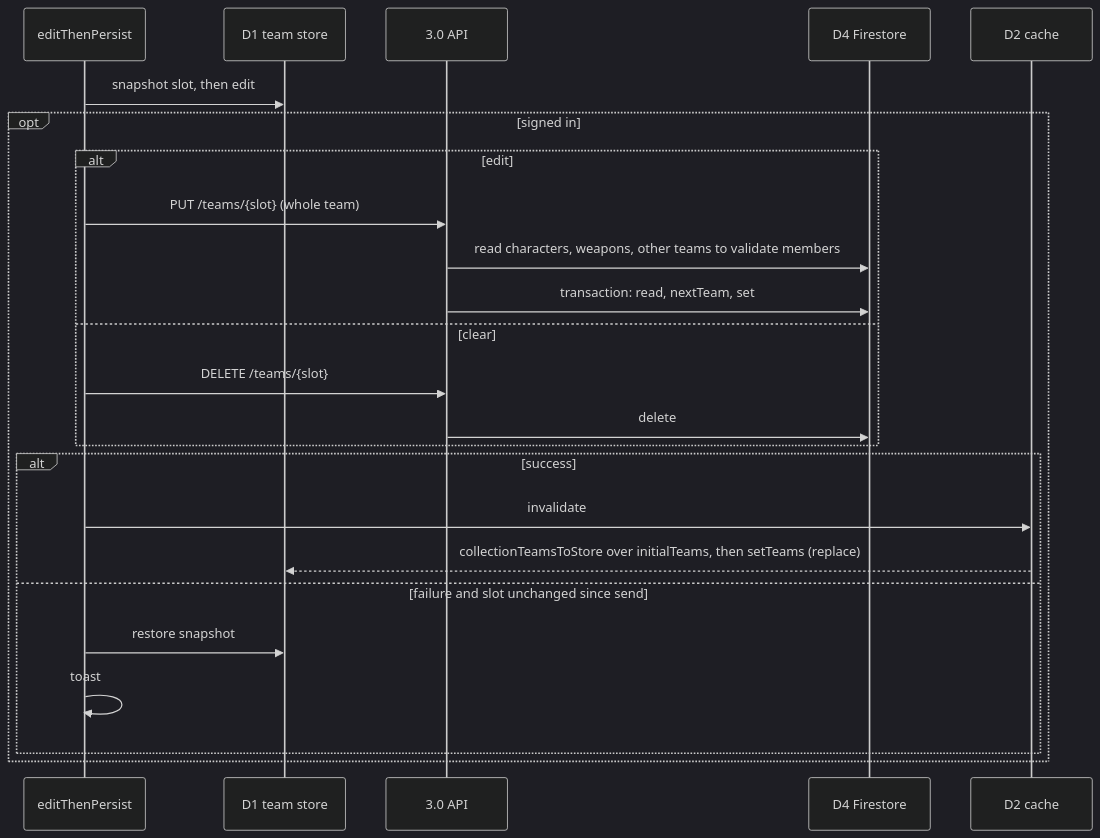
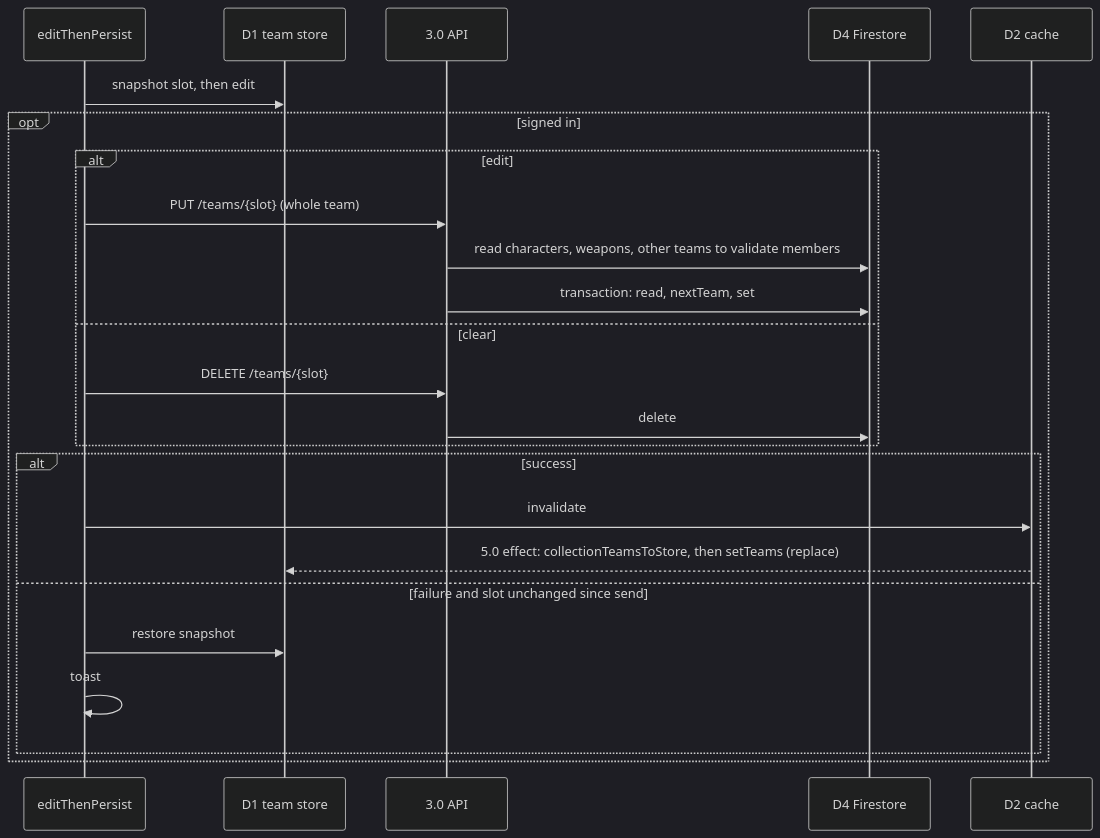
One commit to dungeon-studio/genshin.dungeon.studio changed the fifth of 6 diagrams in docs/explanation/understanding-data-flow.md. Above: the diagram before and after it, drawn with Mermaid (dark theme). The commit also changed other lines of this file and 1 other file, not shown here.

First line of the commit message:
docs: refactor the data flow doc for one name per idea

````diff
--- a/docs/explanation/understanding-data-flow.md
+++ b/docs/explanation/understanding-data-flow.md
@@ -250,27 +249,27 @@
 ```mermaid
 sequenceDiagram
   participant Hook as editThenPersist
   participant Store as D1 team store
   participant API as 3.0 API
   participant FS as D4 Firestore
   participant Cache as D2 cache
 
   Hook->>Store: snapshot slot, then edit
   opt signed in
     alt edit
       Hook->>API: PUT /teams/{slot} (whole team)
       API->>FS: read characters, weapons, other teams to validate members
       API->>FS: transaction: read, nextTeam, set
     else clear
       Hook->>API: DELETE /teams/{slot}
       API->>FS: delete
     end
     alt success
       Hook->>Cache: invalidate
-      Cache-->>Store: collectionTeamsToStore over initialTeams, then setTeams (replace)
+      Cache-->>Store: 5.0 effect: collectionTeamsToStore, then setTeams (replace)
     else failure and slot unchanged since send
       Hook->>Store: restore snapshot
       Hook->>Hook: toast
     end
   end
 ```
````
